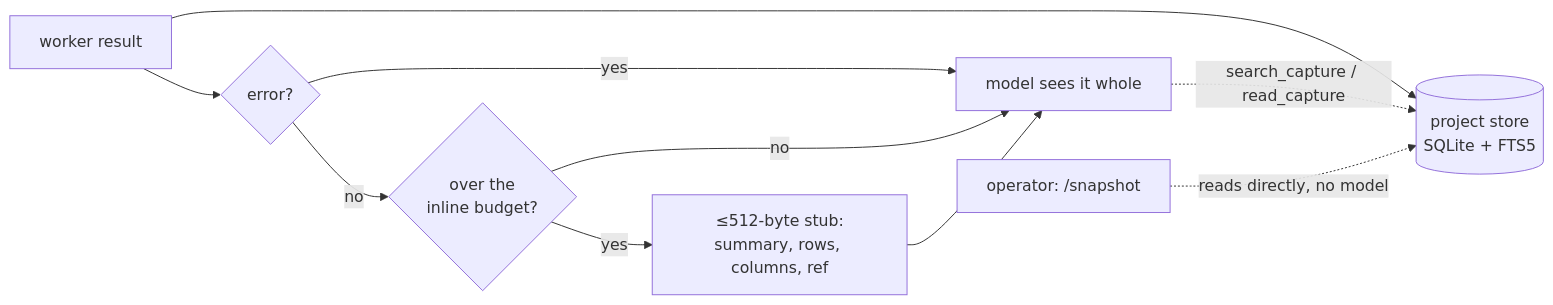
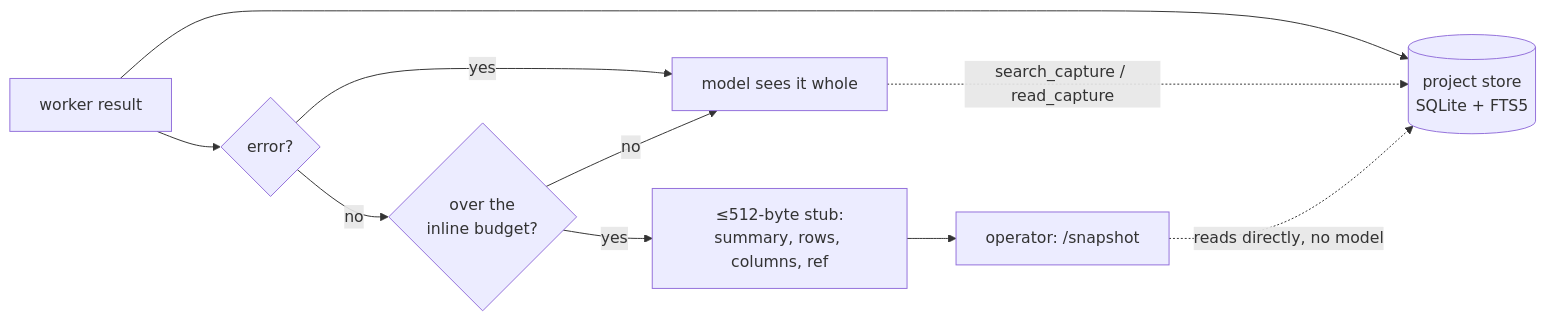
The fourth of 5 diagrams in ARCHITECTURE.md (EdibleTuber/PARE), drawn with Mermaid before and after one commit.

Commit message:
Update ARCHITECTURE.md
Editing the flow chart.

````diff
--- a/ARCHITECTURE.md
+++ b/ARCHITECTURE.md
@@ -132,11 +132,11 @@
 ```mermaid
 flowchart LR
     R["worker result"] --> ST[("project store<br/>SQLite + FTS5")]
     R --> Q{"error?"}
     Q -->|"yes"| M["model sees it whole"]
     Q -->|"no"| B{"over the<br/>inline budget?"}
     B -->|"no"| M
-    B -->|"yes"| S["≤512-byte stub:<br/>summary, rows, columns, ref"] --> M
+    B -->|"yes"| S["≤512-byte stub:<br/>summary, rows, columns, ref"] --> OP
     M -. "search_capture / read_capture" .-> ST
     OP["operator: /snapshot"] -. "reads directly, no model" .-> ST
 ```
````
